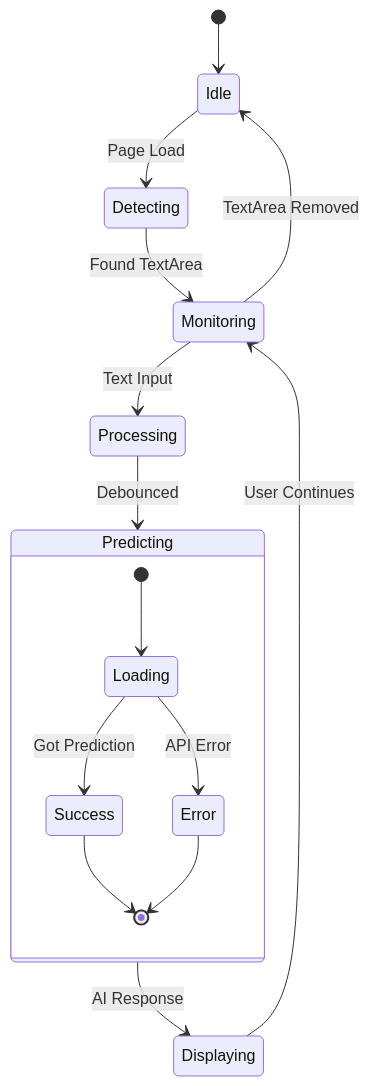
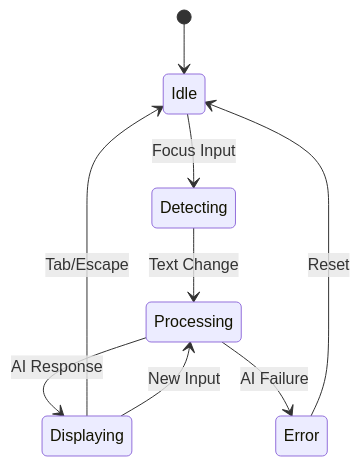
The fourth of 8 diagrams in client/ARCHITECTURE.md (vasantsaladi/GhostType-AI), drawn with Mermaid before and after one commit. The commit also changed other lines of this file and 42 other files, not shown here.

````diff
--- a/client/ARCHITECTURE.md
+++ b/client/ARCHITECTURE.md
@@ -130,19 +60,11 @@
 ```mermaid
 stateDiagram-v2
     [*] --> Idle
-    Idle --> Detecting: Page Load
-    Detecting --> Monitoring: Found TextArea
-    Monitoring --> Processing: Text Input
-    Processing --> Predicting: Debounced
-    Predicting --> Displaying: AI Response
-    Displaying --> Monitoring: User Continues
-    Monitoring --> Idle: TextArea Removed
-
-    state Predicting {
-        [*] --> Loading
-        Loading --> Success: Got Prediction
-        Loading --> Error: API Error
-        Success --> [*]
-        Error --> [*]
-    }
+    Idle --> Detecting: Focus Input
+    Detecting --> Processing: Text Change
+    Processing --> Displaying: AI Response
+    Displaying --> Idle: Tab/Escape
+    Displaying --> Processing: New Input
+    Processing --> Error: AI Failure
+    Error --> Idle: Reset
 ```
````
